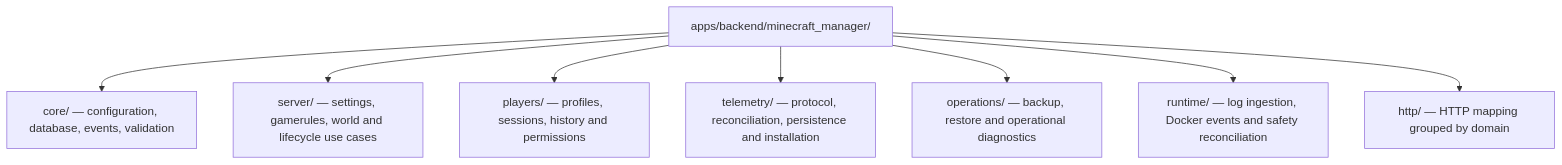
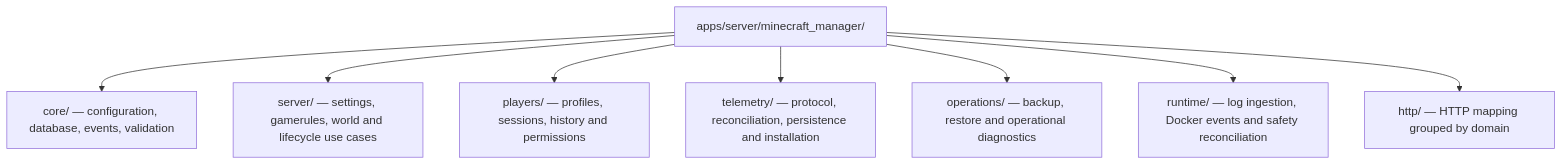
Before and after one commit to dgaramos/craftcontrol: the second of 5 diagrams in docs/architecture.md, drawn with Mermaid. The commit also changed other lines of this file and 214 other files, not shown here.

````diff
--- a/docs/architecture.md
+++ b/docs/architecture.md
@@ -31,10 +31,10 @@
 ```mermaid
 flowchart TD
-    manager["apps/backend/minecraft_manager/"] --> core["core/ — configuration, database, events, validation"]
+    manager["apps/server/minecraft_manager/"] --> core["core/ — configuration, database, events, validation"]
     manager --> server["server/ — settings, gamerules, world and lifecycle use cases"]
     manager --> players["players/ — profiles, sessions, history and permissions"]
     manager --> telemetry["telemetry/ — protocol, reconciliation, persistence and installation"]
     manager --> operations["operations/ — backup, restore and operational diagnostics"]
     manager --> runtime["runtime/ — log ingestion, Docker events and safety reconciliation"]
     manager --> http["http/ — HTTP mapping grouped by domain"]
 ```
````
